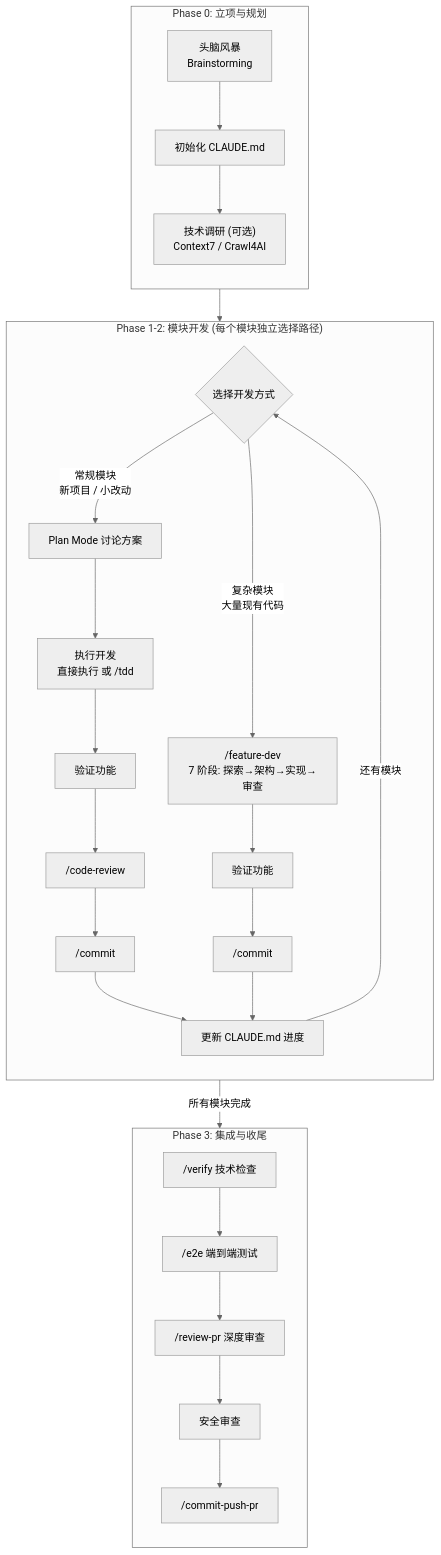
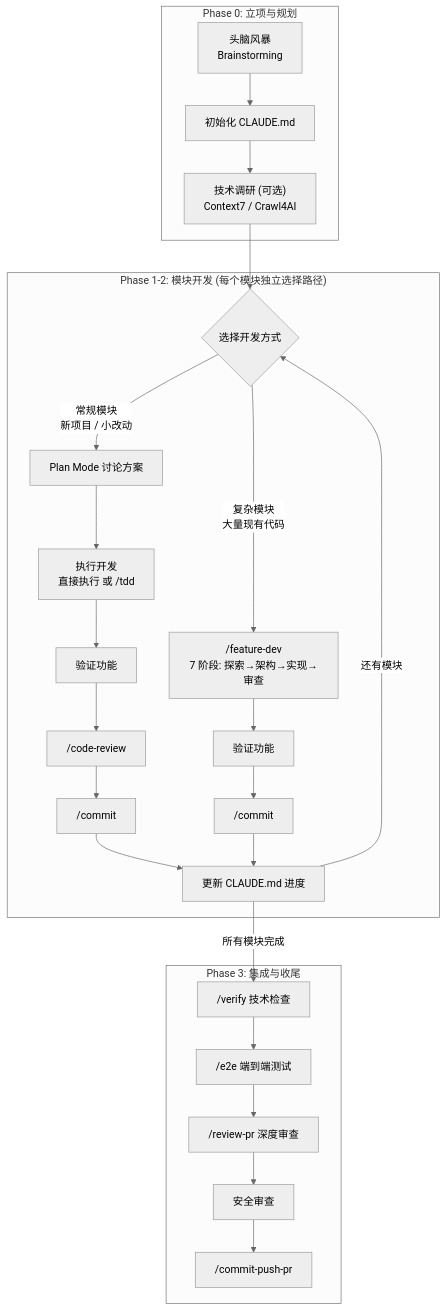
One commit to shrekshrek/project-workflow changed the first of 4 diagrams in WORKFLOW.md. Above: the diagram before and after it, drawn with Mermaid (neutral theme).

````diff
--- a/WORKFLOW.md
+++ b/WORKFLOW.md
@@ -26,42 +26,39 @@
 ```mermaid
 flowchart TD
     %% Phase 0
     subgraph P0["Phase 0: 立项与规划"]
-        direction TB
         Brainstorm["头脑风暴\nBrainstorming"] --> InitClaude["初始化 CLAUDE.md"]
         InitClaude --> Research["技术调研 (可选)\nContext7 / Crawl4AI"]
     end
 
     %% Phase 1+2: 模块开发循环
     subgraph DevLoop["Phase 1-2: 模块开发 (每个模块独立选择路径)"]
-        direction TB
         ModuleStart{"选择开发方式"}
 
         ModuleStart -->|"常规模块\n新项目 / 小改动"| PlanMode["Plan Mode 讨论方案"]
         PlanMode --> Execute["执行开发\n直接执行 或 /tdd"]
         Execute --> Verify1["验证功能"]
         Verify1 --> CodeReview["/code-review"]
         CodeReview --> Commit1["/commit"]
 
         ModuleStart -->|"复杂模块\n大量现有代码"| FD["/feature-dev\n7 阶段: 探索→架构→实现→审查"]
         FD --> Verify2["验证功能"]
         Verify2 --> Commit2["/commit"]
 
         Commit1 --> Update["更新 CLAUDE.md 进度"]
         Commit2 --> Update
         Update -->|"还有模块"| ModuleStart
     end
 
     %% Phase 3
     subgraph P3["Phase 3: 集成与收尾"]
-        direction TB
         TechVerify["/verify 技术检查"] --> E2E["/e2e 端到端测试"]
         E2E --> PRReview["/review-pr 深度审查"]
         PRReview --> Security["安全审查"]
         Security --> Ship["/commit-push-pr"]
     end
 
     %% 连接各阶段
     Research --> ModuleStart
     Update -->|"所有模块完成"| TechVerify
 ```
````
